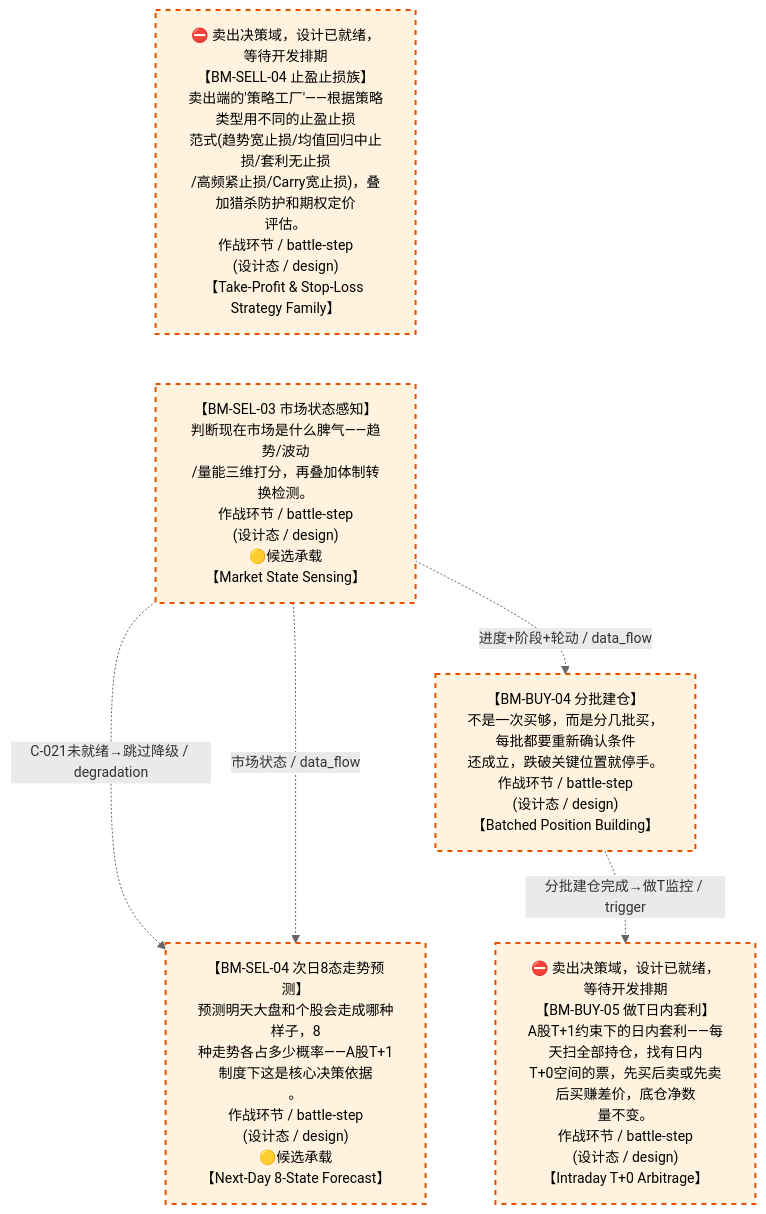
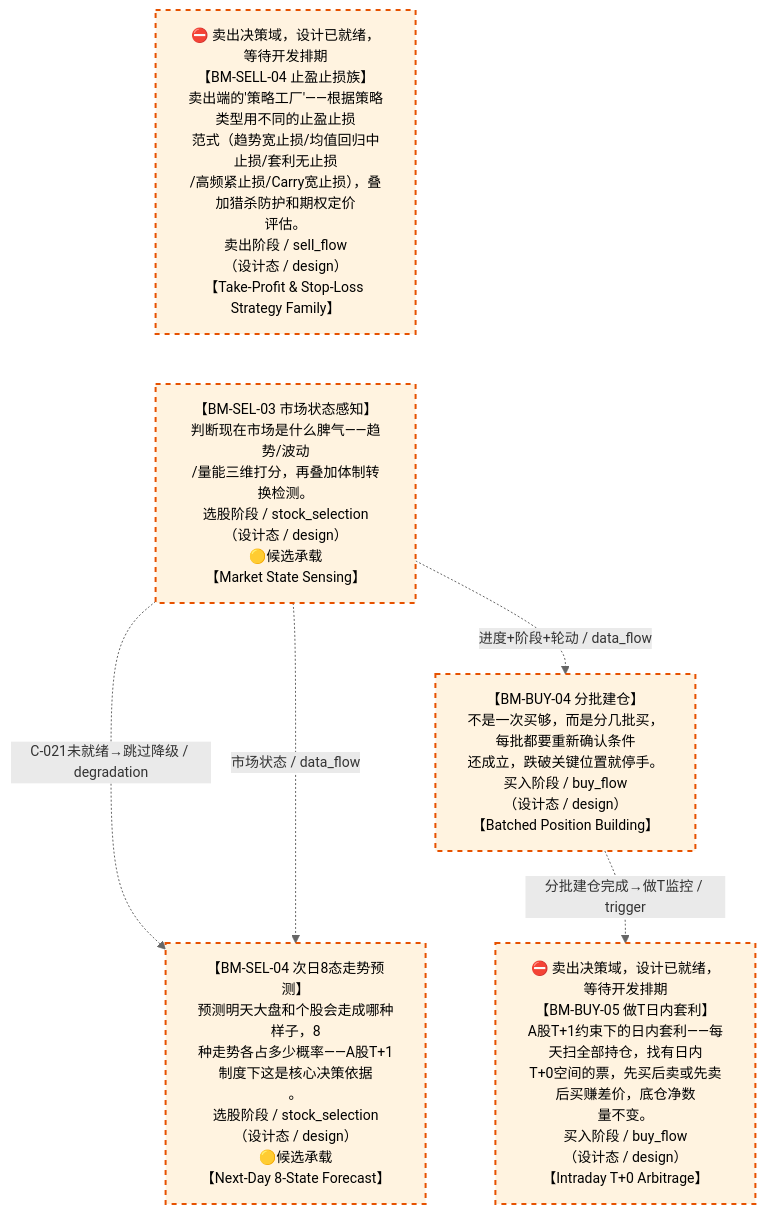
Before and after one commit to xuanFelixVan/ZephyrAlpha: the third of 3 diagrams in docs/02_enterprise_architecture/07_trading_decision_architecture/battle_map/battle_map_panorama.md, drawn with Mermaid. The commit also changed other lines of this file and 9 other files, not shown here.

First line of the commit message:
feat(battle_map): V0.4.0 作战地图父子嵌套机制——schema+写入校验+对齐检查+生成器subgraph+模板V1.5

````diff
--- a/docs/02_enterprise_architecture/07_trading_decision_architecture/battle_map/battle_map_panorama.md
+++ b/docs/02_enterprise_architecture/07_trading_decision_architecture/battle_map/battle_map_panorama.md
@@ -259,22 +249,22 @@
 ```mermaid
 %%{init: {'theme': 'base', 'themeVariables': {'primaryColor': '#eaeaea', 'primaryTextColor': '#333333', 'primaryBorderColor': '#666666', 'lineColor': '#666666', 'secondaryColor': '#eaeaea', 'tertiaryColor': '#eaeaea', 'clusterBkg': 'transparent', 'clusterBorder': 'transparent', 'fontSize': '14px'}}}%%
 %% 作战地图·设计态
 flowchart TD
-    BM_SEL_03["【BM-SEL-03 市场状态感知】<br/>判断现在市场是什么脾气——趋势/波动<br/>/量能三维打分，再叠加体制转换检测。<br/>作战环节 / battle-step<br/>(设计态 / design)<br/>🟡候选承载<br/>【Market State Sensing】"]
-    BM_BUY_04["【BM-BUY-04 分批建仓】<br/>不是一次买够，而是分几批买，每批都要重新确认条件<br/>还成立，跌破关键位置就停手。<br/>作战环节 / battle-step<br/>(设计态 / design)<br/>【Batched Position Building】"]
-    BM_SELL_04["⛔ 卖出决策域，设计已就绪，等待开发排期<br/>【BM-SELL-04 止盈止损族】<br/>卖出端的'策略工厂'——根据策略类型用不同的止盈止损<br/>范式(趋势宽止损/均值回归中止损/套利无止损<br/>/高频紧止损/Carry宽止损)，叠加猎杀防护和期权定价<br/>评估。<br/>作战环节 / battle-step<br/>(设计态 / design)<br/>【Take-Profit &amp; Stop-Loss Strategy Family】"]
-    BM_SEL_04["【BM-SEL-04 次日8态走势预测】<br/>预测明天大盘和个股会走成哪种样子，8<br/>种走势各占多少概率——A股T+1制度下这是核心决策依据<br/>。<br/>作战环节 / battle-step<br/>(设计态 / design)<br/>🟡候选承载<br/>【Next-Day 8-State Forecast】"]
-    BM_BUY_05["⛔ 卖出决策域，设计已就绪，等待开发排期<br/>【BM-BUY-05 做T日内套利】<br/>A股T+1约束下的日内套利——每天扫全部持仓，找有日内<br/>T+0空间的票，先买后卖或先卖后买赚差价，底仓净数<br/>量不变。<br/>作战环节 / battle-step<br/>(设计态 / design)<br/>【Intraday T+0 Arbitrage】"]
+    BM_SEL_03["【BM-SEL-03 市场状态感知】<br/>判断现在市场是什么脾气——趋势/波动<br/>/量能三维打分，再叠加体制转换检测。<br/>选股阶段 / stock_selection<br/>（设计态 / design）<br/>🟡候选承载<br/>【Market State Sensing】"]
+    BM_BUY_04["【BM-BUY-04 分批建仓】<br/>不是一次买够，而是分几批买，每批都要重新确认条件<br/>还成立，跌破关键位置就停手。<br/>买入阶段 / buy_flow<br/>（设计态 / design）<br/>【Batched Position Building】"]
+    BM_SELL_04["⛔ 卖出决策域，设计已就绪，等待开发排期<br/>【BM-SELL-04 止盈止损族】<br/>卖出端的'策略工厂'——根据策略类型用不同的止盈止损<br/>范式（趋势宽止损/均值回归中止损/套利无止损<br/>/高频紧止损/Carry宽止损），叠加猎杀防护和期权定价<br/>评估。<br/>卖出阶段 / sell_flow<br/>（设计态 / design）<br/>【Take-Profit &amp; Stop-Loss Strategy Family】"]
+    BM_SEL_04["【BM-SEL-04 次日8态走势预测】<br/>预测明天大盘和个股会走成哪种样子，8<br/>种走势各占多少概率——A股T+1制度下这是核心决策依据<br/>。<br/>选股阶段 / stock_selection<br/>（设计态 / design）<br/>🟡候选承载<br/>【Next-Day 8-State Forecast】"]
+    BM_BUY_05["⛔ 卖出决策域，设计已就绪，等待开发排期<br/>【BM-BUY-05 做T日内套利】<br/>A股T+1约束下的日内套利——每天扫全部持仓，找有日内<br/>T+0空间的票，先买后卖或先卖后买赚差价，底仓净数<br/>量不变。<br/>买入阶段 / buy_flow<br/>（设计态 / design）<br/>【Intraday T+0 Arbitrage】"]
     BM_SELL_04 ~~~ BM_SEL_03
     BM_BUY_04 ~~~ BM_SEL_04
     BM_SEL_03 -.->|市场状态 / data_flow| BM_SEL_04
     BM_SEL_03 -.->|进度+阶段+轮动 / data_flow| BM_BUY_04
     BM_SEL_03 -.->|C-021未就绪→跳过降级 / degradation| BM_SEL_04
     BM_BUY_04 -.->|分批建仓完成→做T监控 / trigger| BM_BUY_05
 classDef production fill:#e1f5fe,stroke:#01579b,stroke-width:2px,color:#000
 classDef design fill:#fff3e0,stroke:#e65100,stroke-width:2px,color:#000,stroke-dasharray: 5 5
 classDef deprecated fill:#ffebee,stroke:#c62828,stroke-width:2px,color:#000
 classDef missing fill:#eeeeee,stroke:#9e9e9e,stroke-width:2px,color:#000
 classDef candidate fill:#fffde7,stroke:#f9a825,stroke-width:2px,color:#000,stroke-dasharray: 5 5
     class BM_BUY_04,BM_BUY_05,BM_SELL_04,BM_SEL_03,BM_SEL_04 design
 ```
````
